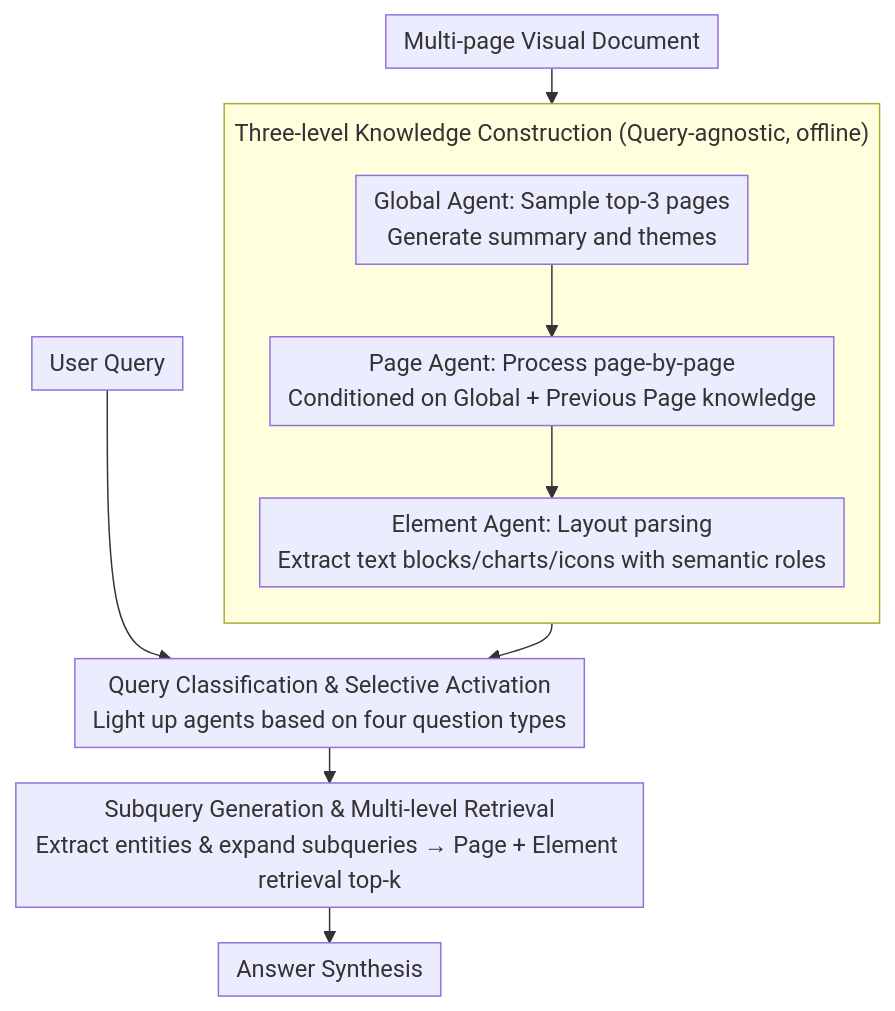
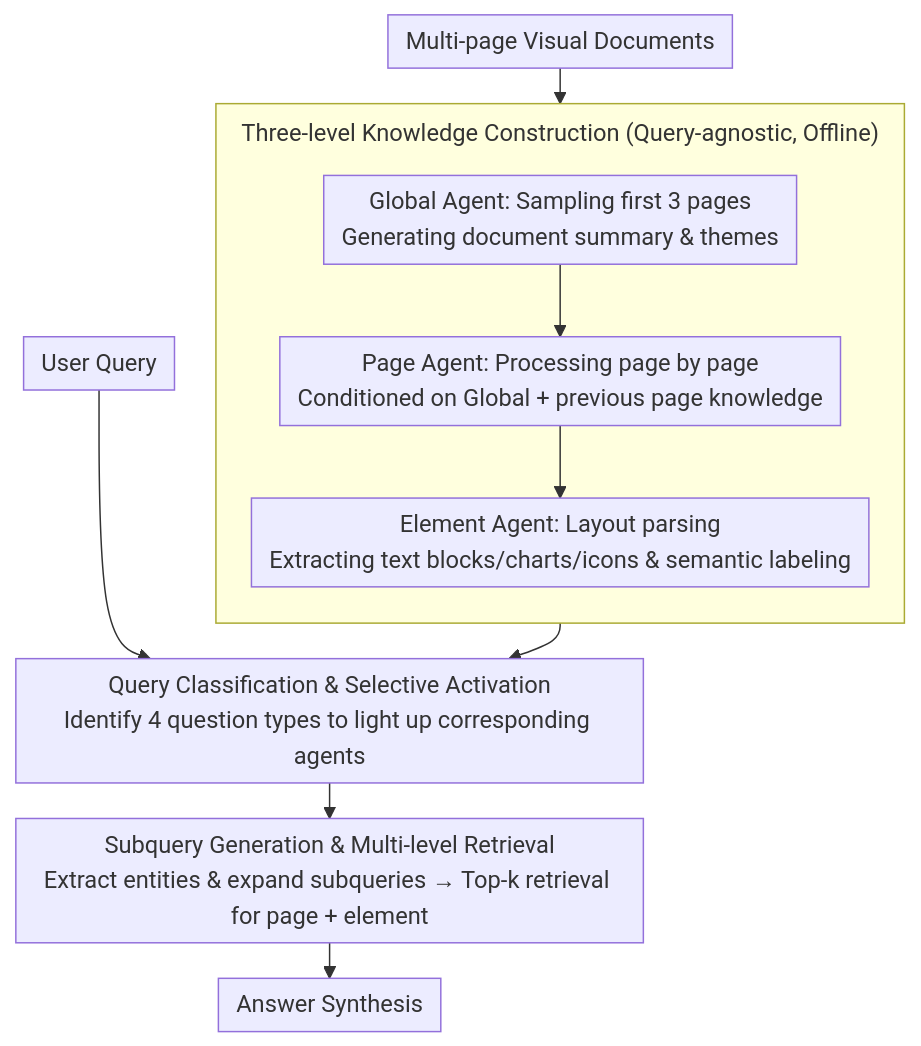
One commit to zhaoyang97/Paper-Notes-en changed the diagram in docs/ACL2026/multimodal_vlm/slideagent_hierarchical_agentic_framework_for_multi-page_visual_document_underst.md. Above: the diagram before and after it, drawn with Mermaid. The commit also changed other lines of this file and 5084 other files, not shown here.

````diff
--- a/docs/ACL2026/multimodal_vlm/slideagent_hierarchical_agentic_framework_for_multi-page_visual_document_underst.md
+++ b/docs/ACL2026/multimodal_vlm/slideagent_hierarchical_agentic_framework_for_multi-page_visual_document_underst.md
@@ -42,14 +42,14 @@
 ```mermaid
 %%{init: {'flowchart': {'rankSpacing': 24, 'nodeSpacing': 28, 'padding': 6, 'wrappingWidth': 400, 'subGraphTitleMargin': {'top': 8, 'bottom': 16}}}}%%
 flowchart TD
-    DOC["Multi-page Visual Document"] --> KB
-    subgraph KB["Three-level Knowledge Construction (Query-agnostic, offline)"]
+    DOC["Multi-page Visual Documents"] --> KB
+    subgraph KB["Three-level Knowledge Construction (Query-agnostic, Offline)"]
         direction TB
-        G["Global Agent: Sample top-3 pages<br/>Generate summary and themes"] --> P["Page Agent: Process page-by-page<br/>Conditioned on Global + Previous Page knowledge"]
-        P --> E["Element Agent: Layout parsing<br/>Extract text blocks/charts/icons with semantic roles"]
+        G["Global Agent: Sampling first 3 pages<br/>Generating document summary & themes"] --> P["Page Agent: Processing page by page<br/>Conditioned on Global + previous page knowledge"]
+        P --> E["Element Agent: Layout parsing<br/>Extracting text blocks/charts/icons & semantic labeling"]
     end
-    Q["User Query"] --> CLS["Query Classification & Selective Activation<br/>Light up agents based on four question types"]
+    Q["User Query"] --> CLS["Query Classification & Selective Activation<br/>Identify 4 question types to light up corresponding agents"]
     KB --> CLS
-    CLS --> SUB["Subquery Generation & Multi-level Retrieval<br/>Extract entities & expand subqueries → Page + Element retrieval top-k"]
+    CLS --> SUB["Subquery Generation & Multi-level Retrieval<br/>Extract entities & expand subqueries → Top-k retrieval for page + element"]
     SUB --> ANS["Answer Synthesis"]
 ```
````
